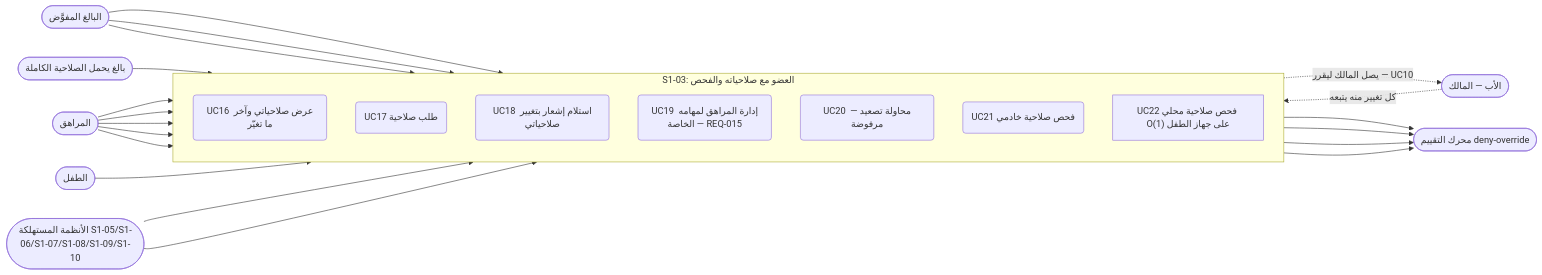
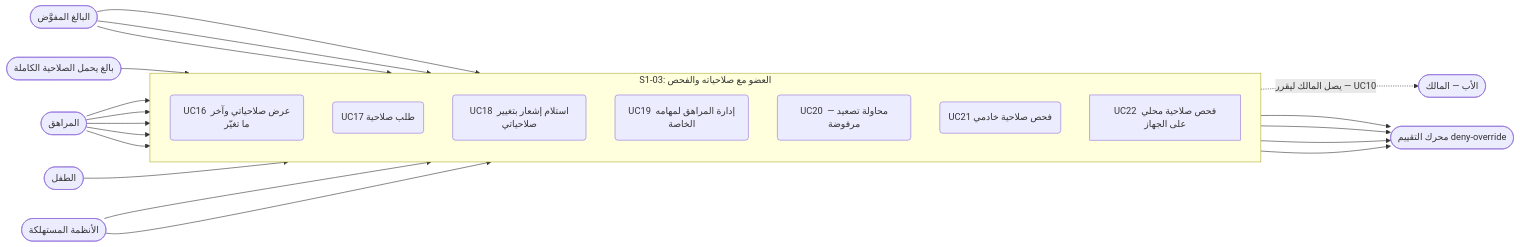
Before and after one commit to Bassam-mohammed-alqaeadi/family-os-v2: the second of 33 diagrams in docs/family-os/governance/phases/phase-1/S1-03-family-roles-and-permissions/DIAGRAMS.md, drawn with Mermaid. The commit also changed other lines of this file, not shown here.

````diff
--- a/docs/family-os/governance/phases/phase-1/S1-03-family-roles-and-permissions/DIAGRAMS.md
+++ b/docs/family-os/governance/phases/phase-1/S1-03-family-roles-and-permissions/DIAGRAMS.md
@@ -83,40 +86,39 @@
 ```mermaid
 flowchart LR
     Adult([البالغ المفوَّض])
     Holder([بالغ يحمل الصلاحية الكاملة])
     Teen([المراهق])
     Child([الطفل])
-    Consumers([الأنظمة المستهلكة S1-05/S1-06/S1-07/S1-08/S1-09/S1-10])
+    Consumers([الأنظمة المستهلكة])
     Father([الأب — المالك])
     Eval([محرك التقييم deny-override])
 
     subgraph S103B [S1-03: العضو مع صلاحياته والفحص]
         direction TB
         UC16(UC16 عرض صلاحياتي وآخر ما تغيّر)
         UC17(UC17 طلب صلاحية)
         UC18(UC18 استلام إشعار بتغيير صلاحياتي)
-        UC19(UC19 إدارة المراهق لمهامه الخاصة — REQ-015)
+        UC19(UC19 إدارة المراهق لمهامه الخاصة)
         UC20(UC20 محاولة تصعيد — مرفوضة)
         UC21(UC21 فحص صلاحية خادمي)
-        UC22["UC22 فحص صلاحية محلي O(1) على جهاز الطفل"]
+        UC22["UC22 فحص صلاحية محلي على الجهاز"]
     end
 
     Adult --> UC16
     Adult --> UC17
     Adult --> UC18
     Holder --> UC18
     Teen --> UC16
     Teen --> UC17
     Teen --> UC18
     Teen --> UC19
     Teen --> UC20
     Child --> UC20
     Consumers --> UC21
     Consumers --> UC22
     UC17 -.->|يصل المالك ليقرر — UC10| Father
-    Father -.->|كل تغيير منه يتبعه| UC18
     UC19 --> Eval
     UC20 --> Eval
     UC21 --> Eval
     UC22 --> Eval
 ```
````
